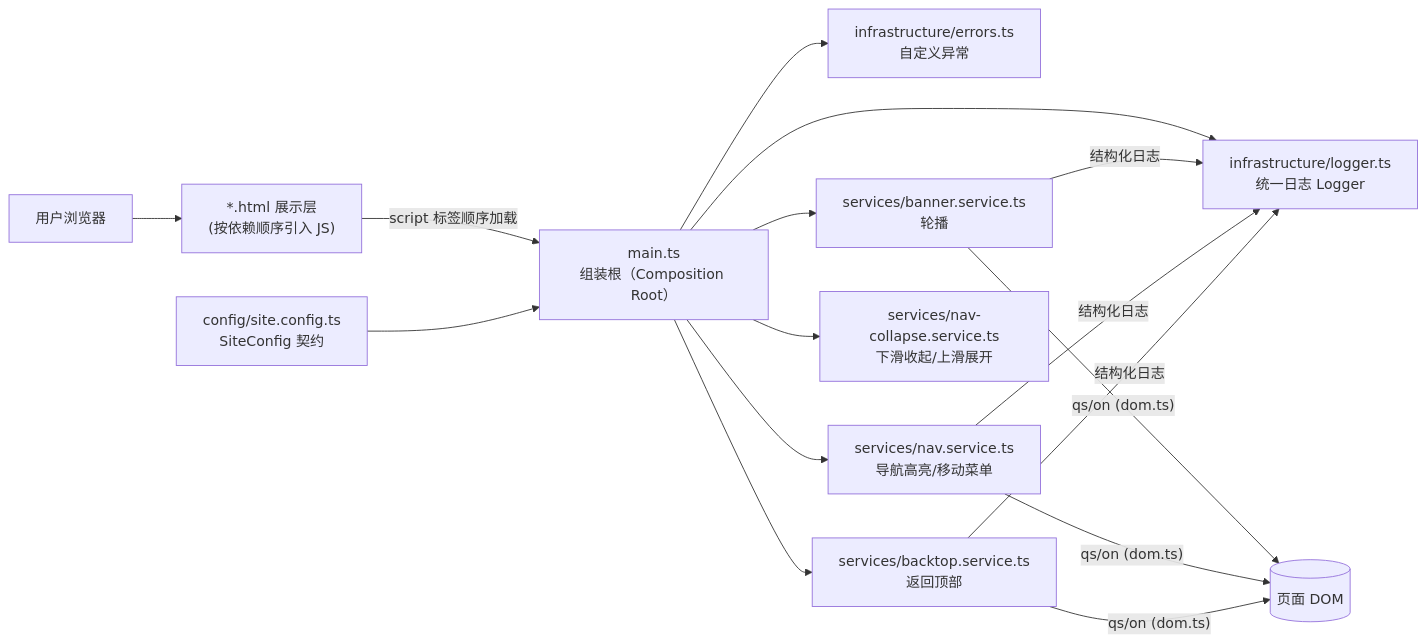
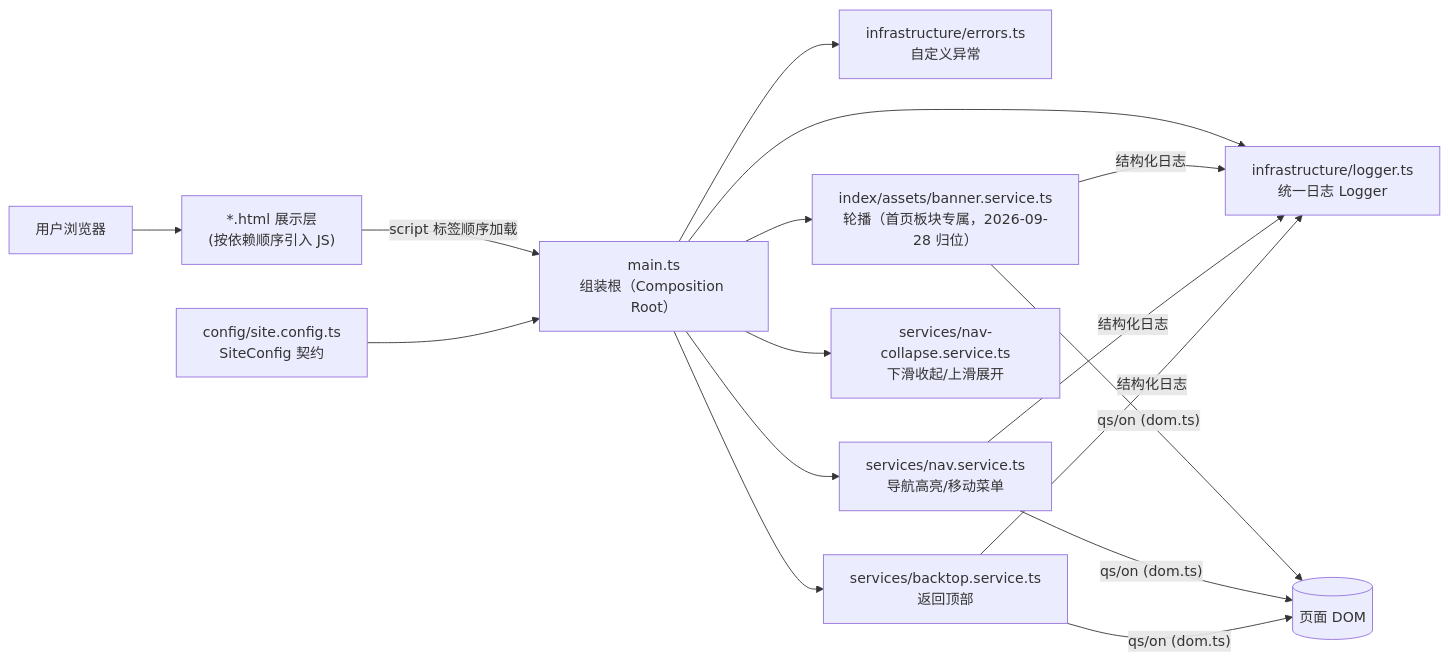
Before and after one commit to ZMJJKK123-hub/shuimu-college-web: the diagram in docs/PHASE1-架构设计.md, drawn with Mermaid. The commit also changed other lines of this file and 10 other files, not shown here.

````diff
--- a/docs/PHASE1-架构设计.md
+++ b/docs/PHASE1-架构设计.md
@@ -27,14 +27,14 @@
 ```mermaid
 flowchart LR
     U[用户浏览器] --> P["*.html 展示层<br/>(按依赖顺序引入 JS)"]
     P -->|script 标签顺序加载| M["main.ts<br/>组装根（Composition Root）"]
     C["config/site.config.ts<br/>SiteConfig 契约"] --> M
     M --> L["infrastructure/logger.ts<br/>统一日志 Logger"]
     M --> E["infrastructure/errors.ts<br/>自定义异常"]
-    M --> S1["services/banner.service.ts<br/>轮播"]
+    M --> S1["index/assets/banner.service.ts<br/>轮播（首页板块专属，2026-09-28 归位）"]
     M --> S2["services/nav.service.ts<br/>导航高亮/移动菜单"]
     M --> S4["services/nav-collapse.service.ts<br/>下滑收起/上滑展开"]
     M --> S3["services/backtop.service.ts<br/>返回顶部"]
     S1 & S2 & S3 -->|"qs/on (dom.ts)"| DOM[(页面 DOM)]
     S1 & S2 & S3 -->|结构化日志| L
 ```
````
